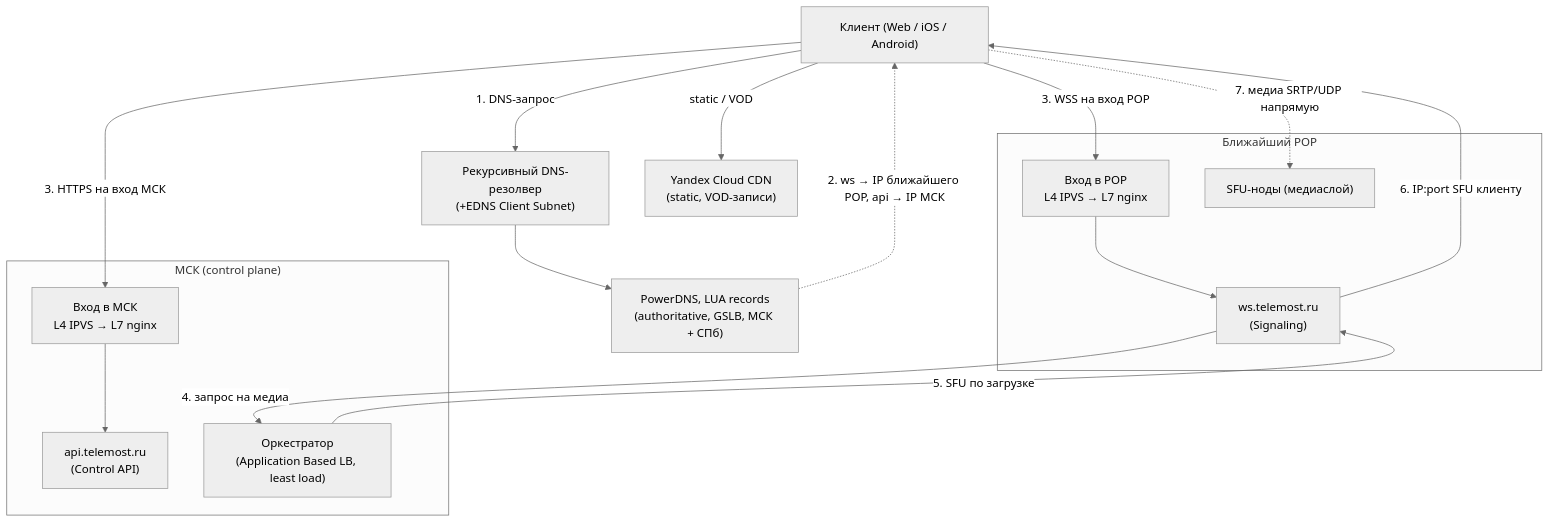
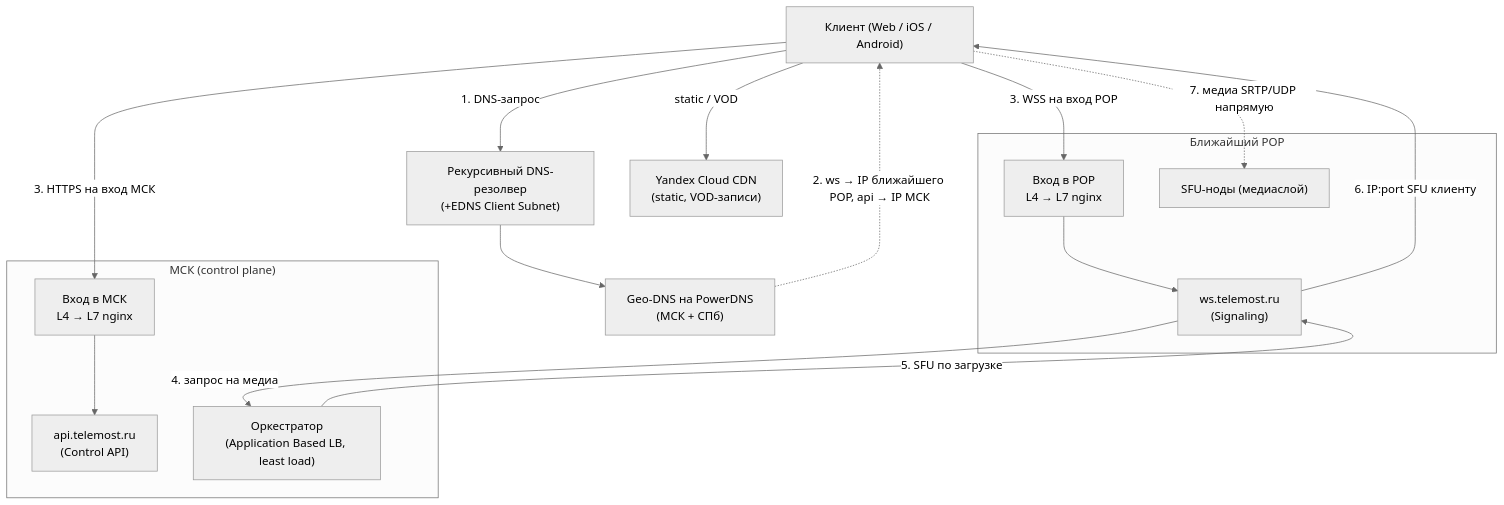
The diagram in resources/gslb-dns.md (armishev/highload_course_project), drawn with Mermaid (neutral theme) before and after one commit. The commit also changed 8 other files, not shown here.

````diff
--- a/resources/gslb-dns.md
+++ b/resources/gslb-dns.md
@@ -3,32 +3,32 @@
 ```mermaid
 flowchart TD
     U["Клиент (Web / iOS / Android)"]
     R["Рекурсивный DNS-резолвер<br/>(+EDNS Client Subnet)"]
-    G["PowerDNS, LUA records<br/>(authoritative, GSLB, МСК + СПб)"]
+    G["Geo-DNS на PowerDNS<br/>(МСК + СПб)"]
     CDN["Yandex Cloud CDN<br/>(static, VOD-записи)"]
 
     subgraph POP["Ближайший POP"]
-        VIP["Вход в POP<br/>L4 IPVS → L7 nginx"]
+        VIP["Вход в POP<br/>L4 → L7 nginx"]
         WS["ws.telemost.ru<br/>(Signaling)"]
         SFU["SFU-ноды (медиаслой)"]
     end
 
     subgraph MSK["МСК (control plane)"]
-        VIPM["Вход в МСК<br/>L4 IPVS → L7 nginx"]
+        VIPM["Вход в МСК<br/>L4 → L7 nginx"]
         API["api.telemost.ru<br/>(Control API)"]
         O["Оркестратор<br/>(Application Based LB, least load)"]
     end
 
     U -->|"1. DNS-запрос"| R
     R --> G
     G -.->|"2. ws → IP ближайшего POP, api → IP МСК"| U
     U -->|"3. WSS на вход POP"| VIP
     U -->|"3. HTTPS на вход МСК"| VIPM
     VIPM --> API
     VIP --> WS
     WS -->|"4. запрос на медиа"| O
     O -->|"5. SFU по загрузке"| WS
     WS -->|"6. IP:port SFU клиенту"| U
     U -.->|"7. медиа SRTP/UDP напрямую"| SFU
     U -->|"static / VOD"| CDN
 ```
````
